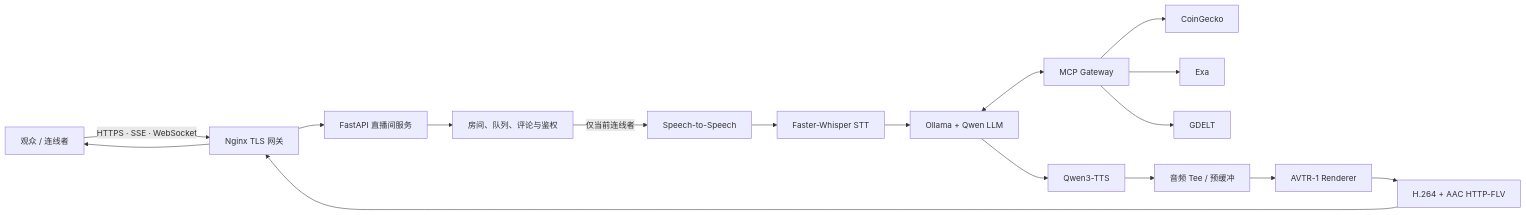
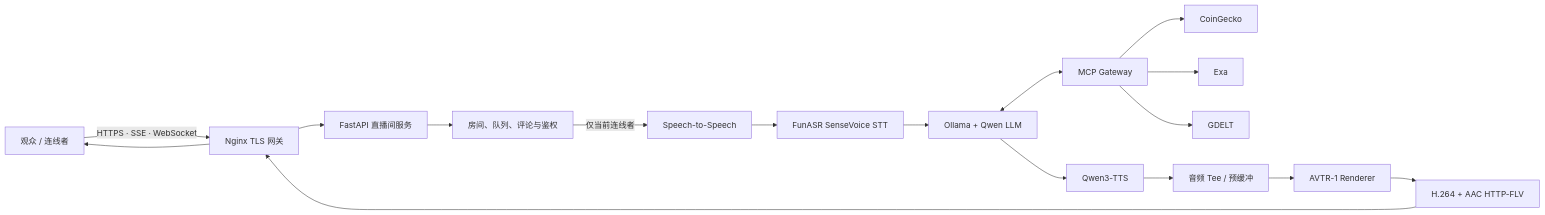
One commit to lonely1215225/cyber-girlfriend-live changed the diagram in README.md. Above: the diagram before and after it, drawn with Mermaid. The commit also changed other lines of this file and 24 other files, not shown here.

Commit message:
feat: enhance live room with SenseVoice and adaptive audio

````diff
--- a/README.md
+++ b/README.md
@@ -56,19 +56,19 @@
 ```mermaid
 flowchart LR
     A[观众 / 连线者] -->|HTTPS · SSE · WebSocket| N[Nginx TLS 网关]
     N --> W[FastAPI 直播间服务]
     W --> R[房间、队列、评论与鉴权]
     R -->|仅当前连线者| S[Speech-to-Speech]
-    S --> STT[Faster-Whisper STT]
+    S --> STT[FunASR SenseVoice STT]
     STT --> L[Ollama + Qwen LLM]
     L <--> M[MCP Gateway]
     M --> C[CoinGecko]
     M --> E[Exa]
     M --> G[GDELT]
     L --> T[Qwen3-TTS]
     T --> P[音频 Tee / 预缓冲]
     P --> V[AVTR-1 Renderer]
     V --> F[H.264 + AAC HTTP-FLV]
     F --> N
     N --> A
 ```
````
